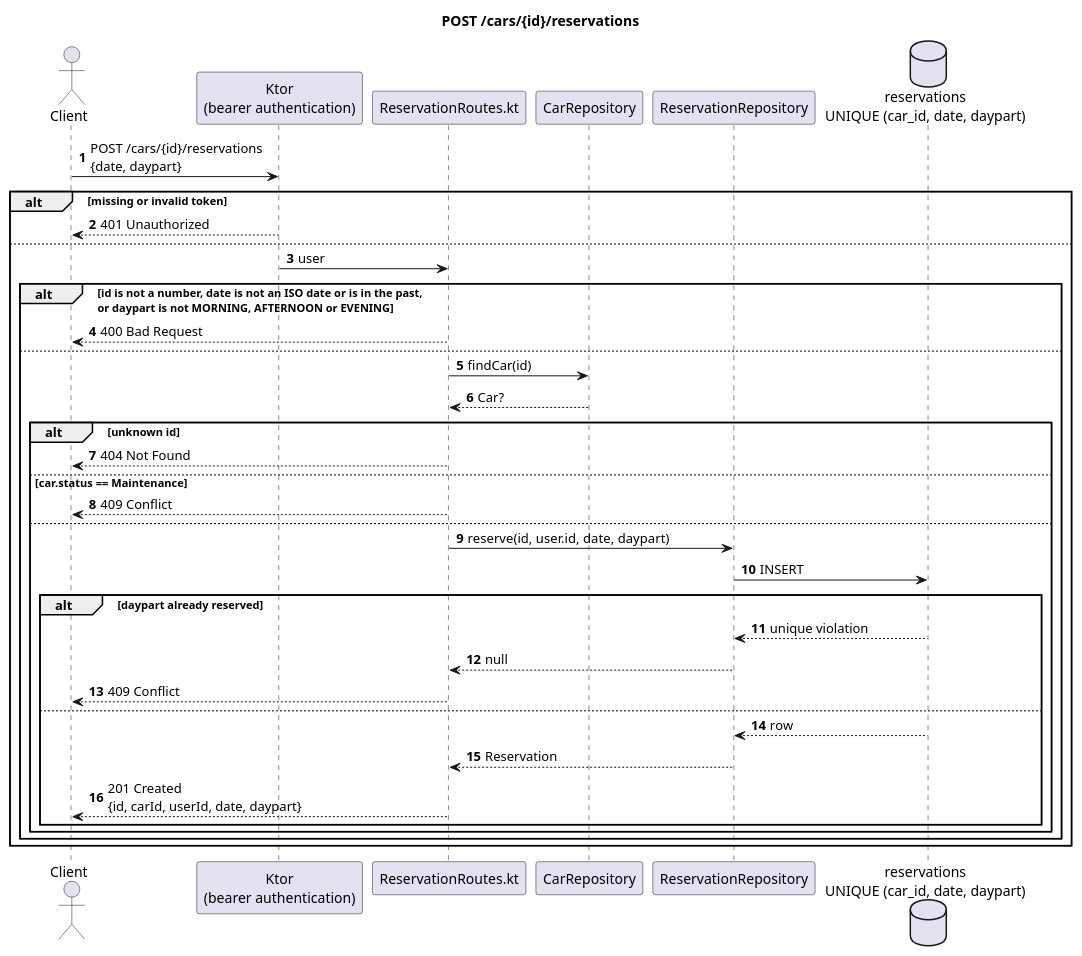
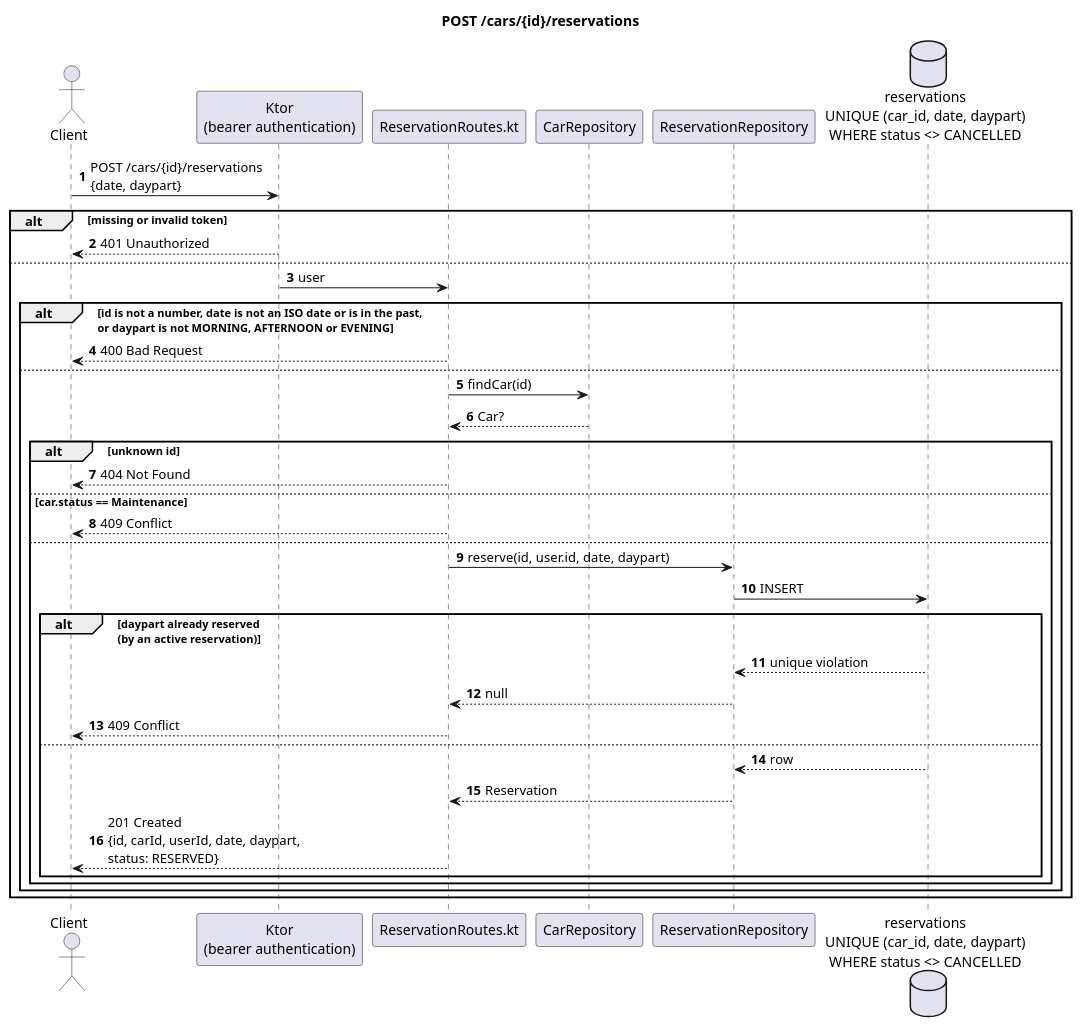
Before and after one commit to Rent-a-car-38291/rent-a-car: the diagram in docs/diagrams/sequence-reserve-car.puml, drawn with PlantUML. The commit also changed 25 other files, not shown here.

First line of the commit message:
feat: give a reservation a status and list your reservations (#120)

```diff
--- a/docs/diagrams/sequence-reserve-car.puml
+++ b/docs/diagrams/sequence-reserve-car.puml
@@ -1,42 +1,42 @@
 @startuml
 title POST /cars/{id}/reservations
 autonumber
 
 actor Client
 participant "Ktor\n(bearer authentication)" as Auth
 participant "ReservationRoutes.kt" as Route
 participant "CarRepository" as Cars
 participant "ReservationRepository" as Repo
-database "reservations\nUNIQUE (car_id, date, daypart)" as Db
+database "reservations\nUNIQUE (car_id, date, daypart)\nWHERE status <> CANCELLED" as Db
 
 Client -> Auth : POST /cars/{id}/reservations\n{date, daypart}
 alt missing or invalid token
   Auth --> Client : 401 Unauthorized
 else
   Auth -> Route : user
   alt id is not a number, date is not an ISO date or is in the past,\nor daypart is not MORNING, AFTERNOON or EVENING
     Route --> Client : 400 Bad Request
   else
     Route -> Cars : findCar(id)
     Cars --> Route : Car?
     alt unknown id
       Route --> Client : 404 Not Found
     else car.status == Maintenance
       Route --> Client : 409 Conflict
     else
       Route -> Repo : reserve(id, user.id, date, daypart)
       Repo -> Db : INSERT
-      alt daypart already reserved
+      alt daypart already reserved\n(by an active reservation)
         Db --> Repo : unique violation
         Repo --> Route : null
         Route --> Client : 409 Conflict
       else
         Db --> Repo : row
         Repo --> Route : Reservation
-        Route --> Client : 201 Created\n{id, carId, userId, date, daypart}
+        Route --> Client : 201 Created\n{id, carId, userId, date, daypart,\nstatus: RESERVED}
       end
     end
   end
 end
 
 @enduml
```
